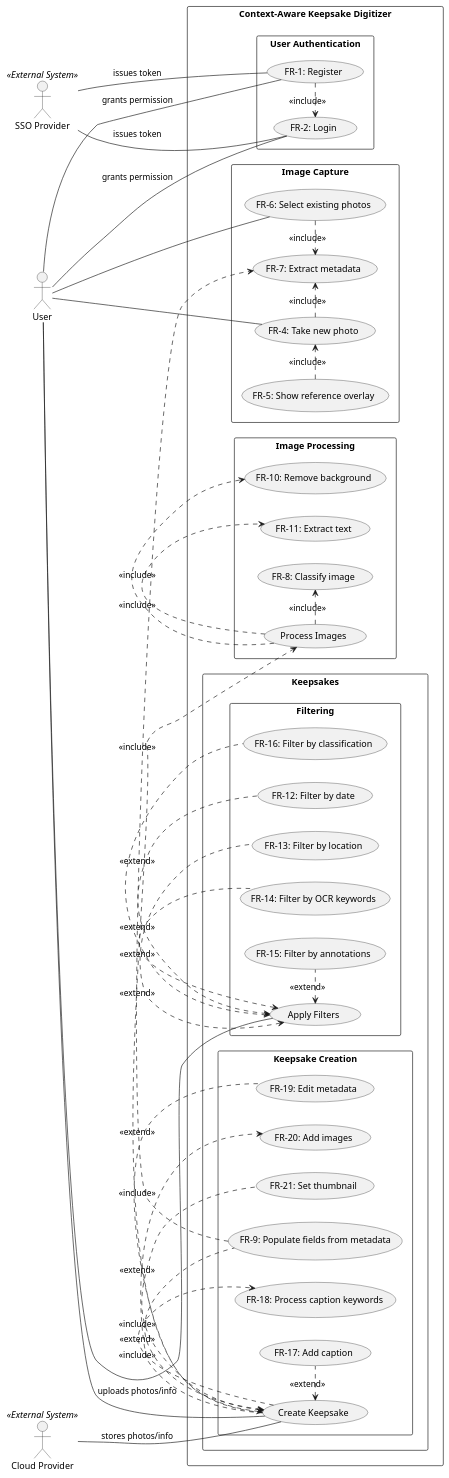
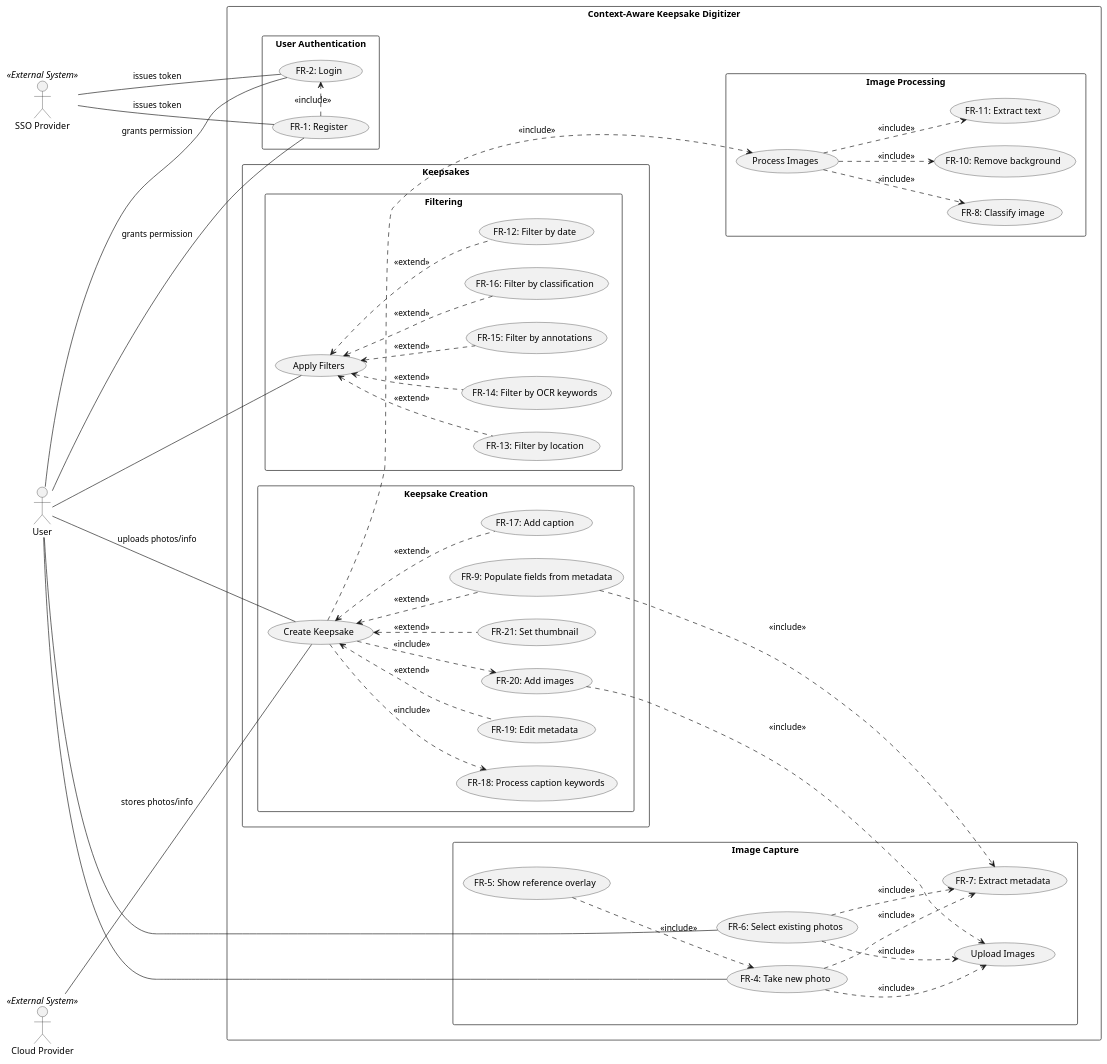
Before and after one commit to owencooke/memento: the diagram in docs/use-case.wsd, drawn with PlantUML.

Commit message:
more readable with longer arrows

```diff
--- a/docs/use-case.wsd
+++ b/docs/use-case.wsd
@@ -4,167 +4,175 @@
 @startuml Use Case
 left to right direction
 skinparam packageStyle rectangle
 
 ' Actors
 actor User
 actor "Cloud Provider" as Cloud << External System >>
 actor "SSO Provider" as SSO << External System >>
 
 ' Packages/Use Cases
 rectangle "Context-Aware Keepsake Digitizer" {
 
     package "User Authentication" {
         usecase "FR-1: Register" as FR1
         usecase "FR-2: Login" as FR2
     }
 
     package "Image Capture" {
+        usecase "Upload Images"
         usecase "FR-4: Take new photo" as FR4
         usecase "FR-5: Show reference overlay" as FR5
         usecase "FR-6: Select existing photos" as FR6
         usecase "FR-7: Extract metadata" as FR7
     }
 
     package "Image Processing" {
         usecase "Process Images"
         usecase "FR-8: Classify image" as FR8
         usecase "FR-10: Remove background" as FR10
         usecase "FR-11: Extract text" as FR11
     }
  
     package "Keepsakes" {
         package "Filtering" {
             usecase "Apply Filters" as Filter  
             usecase "FR-12: Filter by date" as FR12
             usecase "FR-13: Filter by location" as FR13
             usecase "FR-14: Filter by OCR keywords" as FR14
             usecase "FR-15: Filter by annotations" as FR15
             usecase "FR-16: Filter by classification" as FR16
         }
         package "Keepsake Creation" {
             usecase "Create Keepsake" 
             usecase "FR-9: Populate fields from metadata" as FR9
             usecase "FR-17: Add caption" as FR17
             usecase "FR-18: Process caption keywords" as FR18
             usecase "FR-19: Edit metadata" as FR19
             usecase "FR-20: Add images" as FR20
             usecase "FR-21: Set thumbnail" as FR21
         }
     ' package "Bulk Creation" {
     '   usecase "FR-22: Group images into keepsakes" as FR22
     '   usecase "FR-23: Set captions and metadata" as FR23
     '   usecase "FR-24: Add to collection" as FR24
     ' }
     ' package "Viewing" {
     '   usecase "FR-25: View title" as FR25
     '   usecase "FR-26: View description" as FR26
     '   usecase "FR-27: View metadata" as FR27
     '   usecase "FR-28: View photos in carousel" as FR28
     ' }
     ' package "Editing" {
     '   usecase "FR-29: Modify title" as FR29
     '   usecase "FR-30: Modify description" as FR30
     '   usecase "FR-31: Modify images" as FR31
     '   usecase "FR-32: Change thumbnail" as FR32
     '   usecase "FR-33: Modify metadata" as FR33
     ' }
     ' package "Deletion" {
     '   usecase "FR-34: Delete keepsake" as FR34
     ' }
   }
 
   '   package "Collections" {
   '     package "Manual Creation" {
   '       usecase "FR-35: Create new collection" as FR35
   '       usecase "FR-36: Require title" as FR36
   '       usecase "FR-37: Add caption" as FR37
   '     }
   '     package "Automated Creation" {
   '       usecase "FR-38: Recommend collections" as FR38
   '       usecase "FR-39: Notify recommendations" as FR39
   '       usecase "FR-40: Accept/reject recommendations" as FR40
   '     }
   '     package "Editing" {
   '       usecase "FR-41: Add keepsakes" as FR41
   '       usecase "FR-42: Remove keepsakes" as FR42
   '       usecase "FR-43: Modify title" as FR43
   '       usecase "FR-44: Modify caption" as FR44
   '       usecase "FR-45: Modify metadata" as FR45
   '     }
   '     package "Deletion" {
   '       usecase "FR-46: Delete collection" as FR46
   '     }
   '     package "Metadata Management" {
   '       usecase "FR-47: Auto-derive date" as FR47
   '       usecase "FR-48: Auto-derive location" as FR48
   '       usecase "FR-49: Modify location" as FR49
   '       usecase "FR-50: Modify time/date" as FR50
   '       usecase "FR-51: Modify metadata" as FR51
   '     }
   '   }
 
   '   package "Visualization" {
   '     package "Map Features" {
   '       usecase "FR-52: Show collections on map" as FR52
   '       usecase "FR-53: Click markers to view" as FR53
   '     }
   '     package "Content Generation" {
   '       usecase "FR-54: Generate collages" as FR54
   '     }
   '   }
 
   '   package "Integrations" {
   '     package "Sharing" {
   '       usecase "FR-55: Share keepsakes" as FR55
   '       usecase "FR-56: Share collages" as FR56
   '     }
   '     package "Notifications" {
   '       usecase "FR-57: Special day reminders" as FR57
   '     }
   '   }
 }
 
 ' User interactions
-User -- (FR1) : grants permission
-User -- (FR2) : grants permission 
-User -- (FR4)
-User -- (FR6)
-User -- (Filter)
-User -- (Create Keepsake) : uploads photos/info
+User --- (FR1) : grants permission
+User --- (FR2) : grants permission 
+User --- (FR4)
+User --- (FR6)
+User --- (Filter)
+User --- (Create Keepsake) : uploads photos/info
 
 ' SSO interactions
-SSO -- (FR1) : issues token
-SSO -- (FR2) : issues token
+SSO --- (FR1) : issues token
+SSO --- (FR2) : issues token
 (FR1) .> (FR2) : <<include>>
 
 ' Cloud interactions
-Cloud -- (Create Keepsake) : stores photos/info
+Cloud --- (Create Keepsake) : stores photos/info
 
 ' Image Capture
-(FR5) .> (FR4) : <<include>>
-(FR4) .> (FR7) : <<include>>
-(FR6) .> (FR7) : <<include>>
+(FR5) .-> (FR4) : <<include>>
+(FR4) .-> (FR7) : <<include>>
+(FR6) .-> (FR7) : <<include>>
+(FR4) .-> (Upload Images) : <<include>>
+(FR6) .-> (Upload Images) : <<include>>
 
 ' Image Processing
-(Process Images) .> (FR8) : <<include>>
-(Process Images) .> (FR10) : <<include>>
-(Process Images) .> (FR11) : <<include>>
+(Process Images) .-> (FR8) : <<include>>
+(Process Images) .-> (FR10) : <<include>>
+(Process Images) .-> (FR11) : <<include>>
 
 ' Keepsake Filters
-(Filter) <. (FR12) : <<extend>>
-(Filter) <. (FR13) : <<extend>>
-(Filter) <. (FR14) : <<extend>>
-(Filter) <. (FR15) : <<extend>>
-(Filter) <. (FR16) : <<extend>>
+(Filter) <-. (FR12) : <<extend>>
+(Filter) <-. (FR13) : <<extend>>
+(Filter) <-. (FR14) : <<extend>>
+(Filter) <-. (FR15) : <<extend>>
+(Filter) <-. (FR16) : <<extend>>
 
 ' Create Keepsake
-(Create Keepsake) <. (FR17) : <<extend>>
-(Create Keepsake) <. (FR19) : <<extend>>
-(Create Keepsake) .> (FR20) : <<include>>
-(Create Keepsake) <. (FR21) : <<extend>>
-(Create Keepsake) .> (Process Images) : <<include>>
-(FR9) .> (FR7) : <<include>>
-(Create Keepsake) <. (FR9) : <<extend>>
-(Create Keepsake) .> (FR18) : <<include>>
+(Create Keepsake) <-. (FR17) : <<extend>>
+(Create Keepsake) <-. (FR19) : <<extend>>
+(Create Keepsake) .-> (FR20) : <<include>>
+(Create Keepsake) <-. (FR21) : <<extend>>
+(Create Keepsake) <-. (FR9) : <<extend>>
+(Create Keepsake) .-> (FR18) : <<include>>
+
+' Inter-package interactions 
+' NOTE: the more dashes, the longer the arrow 
+' (gives some visual separation)
+(Create Keepsake) .--> (Process Images) : <<include>>
+(FR20) .--> (Upload Images) : <<include>>
+(FR9) .--> (FR7) : <<include>>
 
 @enduml
```
